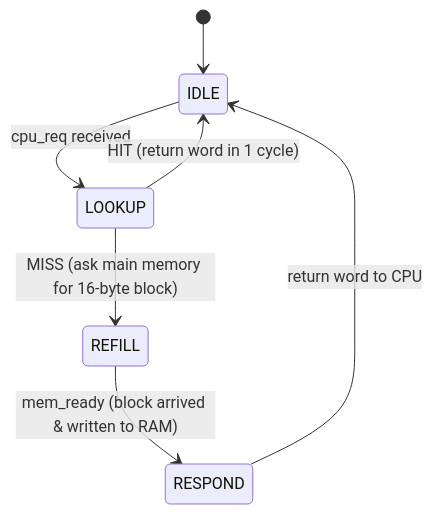
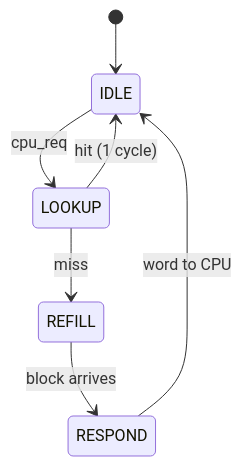
The second of 2 diagrams in README.md (Yash-205/direct-mapped-cache), drawn with Mermaid before and after one commit. The commit also changed other lines of this file and 2 other files, not shown here.

Commit message:
docs: add project report and performance plots, and update README architecture documentation

````diff
--- a/README.md
+++ b/README.md
@@ -124,9 +49,9 @@
 ```mermaid
 stateDiagram-v2
     [*] --> IDLE
-    IDLE --> LOOKUP : cpu_req received
-    LOOKUP --> IDLE : HIT (return word in 1 cycle)
-    LOOKUP --> REFILL : MISS (ask main memory for 16-byte block)
-    REFILL --> RESPOND : mem_ready (block arrived & written to RAM)
-    RESPOND --> IDLE : return word to CPU
+    IDLE --> LOOKUP : cpu_req
+    LOOKUP --> IDLE : hit (1 cycle)
+    LOOKUP --> REFILL : miss
+    REFILL --> RESPOND : block arrives
+    RESPOND --> IDLE : word to CPU
 ```
````
